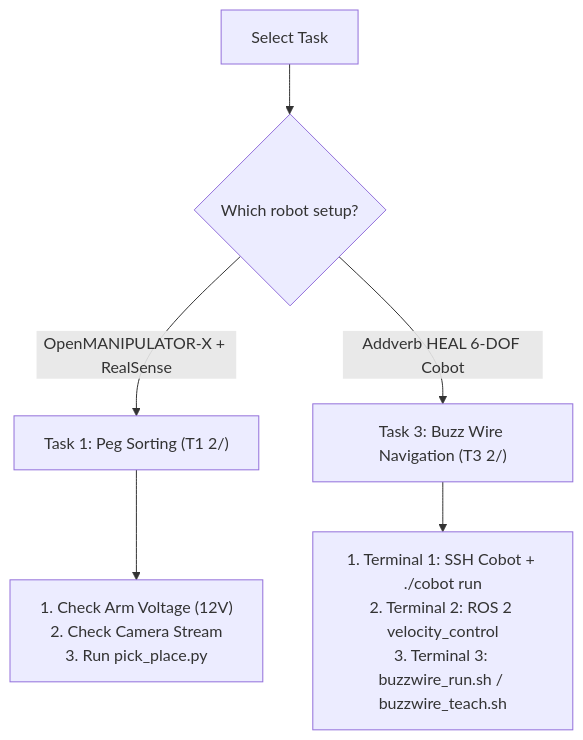
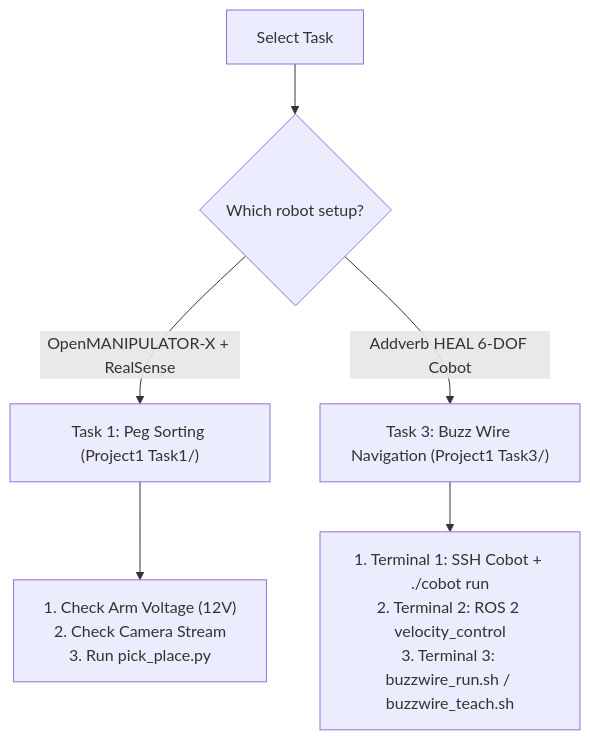
Before and after one commit to vipulSP2108/ITR_Proj: the diagram in HOW_TO_RUN.md, drawn with Mermaid. The commit also changed other lines of this file and 1540 other files, not shown here.

Commit message:
refactor(naming): rename 'T1 2' to 'Project1 Task1' and 'T3 2' to 'Project1 Task3' across repo

````diff
--- a/HOW_TO_RUN.md
+++ b/HOW_TO_RUN.md
@@ -9,9 +9,9 @@
 ```mermaid
 flowchart TD
     Start["Select Task"] --> TaskChoice{"Which robot setup?"}
-    TaskChoice -->|OpenMANIPULATOR-X + RealSense| T1["Task 1: Peg Sorting (T1 2/)"]
-    TaskChoice -->|Addverb HEAL 6-DOF Cobot| T3["Task 3: Buzz Wire Navigation (T3 2/)"]
+    TaskChoice -->|OpenMANIPULATOR-X + RealSense| T1["Task 1: Peg Sorting (Project1 Task1/)"]
+    TaskChoice -->|Addverb HEAL 6-DOF Cobot| T3["Task 3: Buzz Wire Navigation (Project1 Task3/)"]
     
     T1 --> T1_Check["1. Check Arm Voltage (12V)<br>2. Check Camera Stream<br>3. Run pick_place.py"]
     T3 --> T3_Terminals["1. Terminal 1: SSH Cobot + ./cobot run<br>2. Terminal 2: ROS 2 velocity_control<br>3. Terminal 3: buzzwire_run.sh / buzzwire_teach.sh"]
 ```
````
